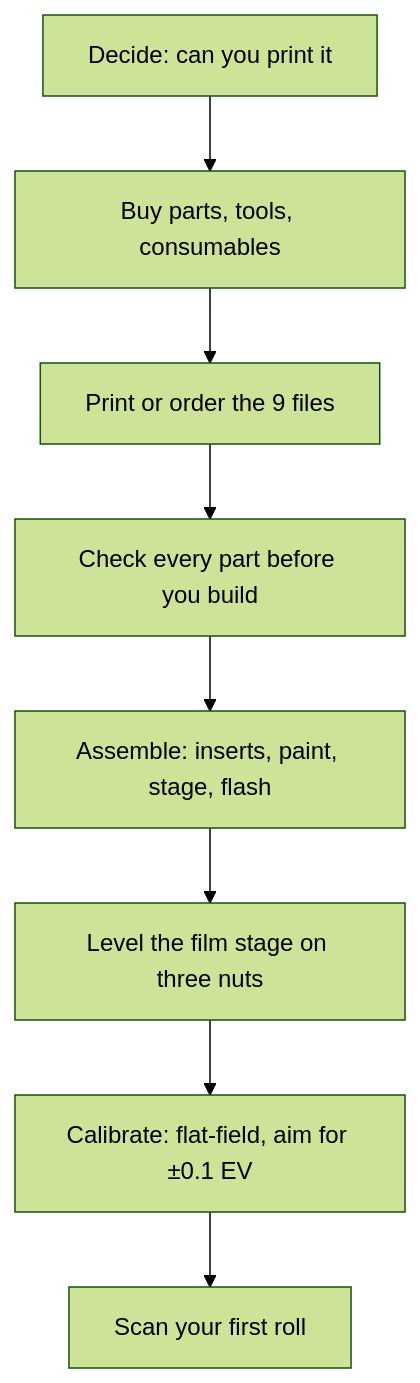
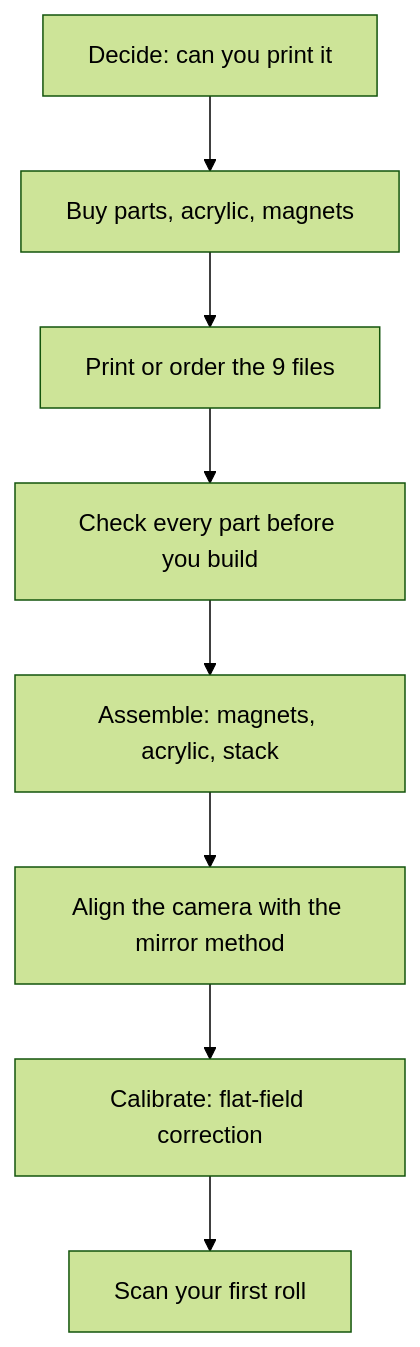
One commit to Neoanaloglab/Neobox changed the diagram in docs/getting-started.md. Above: the diagram before and after it, drawn with Mermaid (forest theme). The commit also changed other lines of this file and 30 other files, not shown here.

````diff
--- a/docs/getting-started.md
+++ b/docs/getting-started.md
@@ -97,10 +99,10 @@
 ```mermaid
 flowchart TD
-    A[Decide: can you print it] --> B[Buy parts, tools, consumables]
+    A[Decide: can you print it] --> B[Buy parts, acrylic, magnets]
     B --> C[Print or order the 9 files]
     C --> D[Check every part before you build]
-    D --> E[Assemble: inserts, paint, stage, flash]
-    E --> F[Level the film stage on three nuts]
-    F --> G[Calibrate: flat-field, aim for ±0.1 EV]
+    D --> E[Assemble: magnets, acrylic, stack]
+    E --> F[Align the camera with the mirror method]
+    F --> G[Calibrate: flat-field correction]
     G --> H[Scan your first roll]
 ```
````
